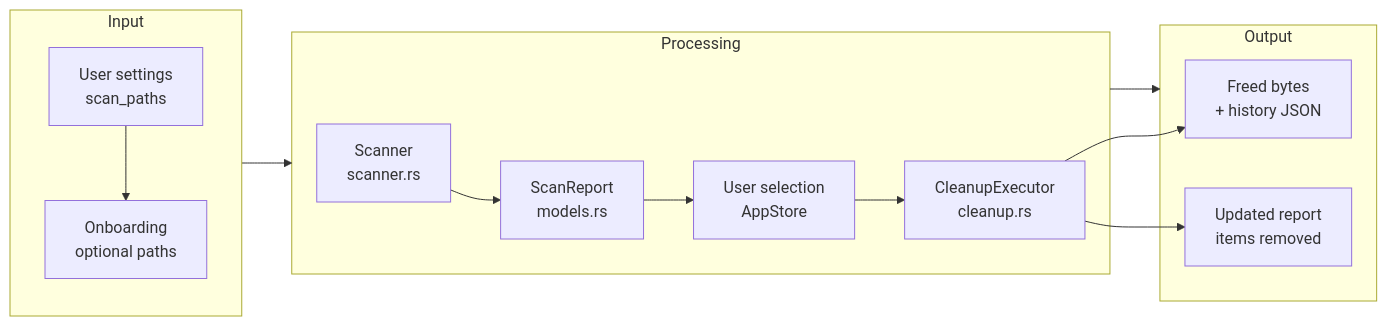
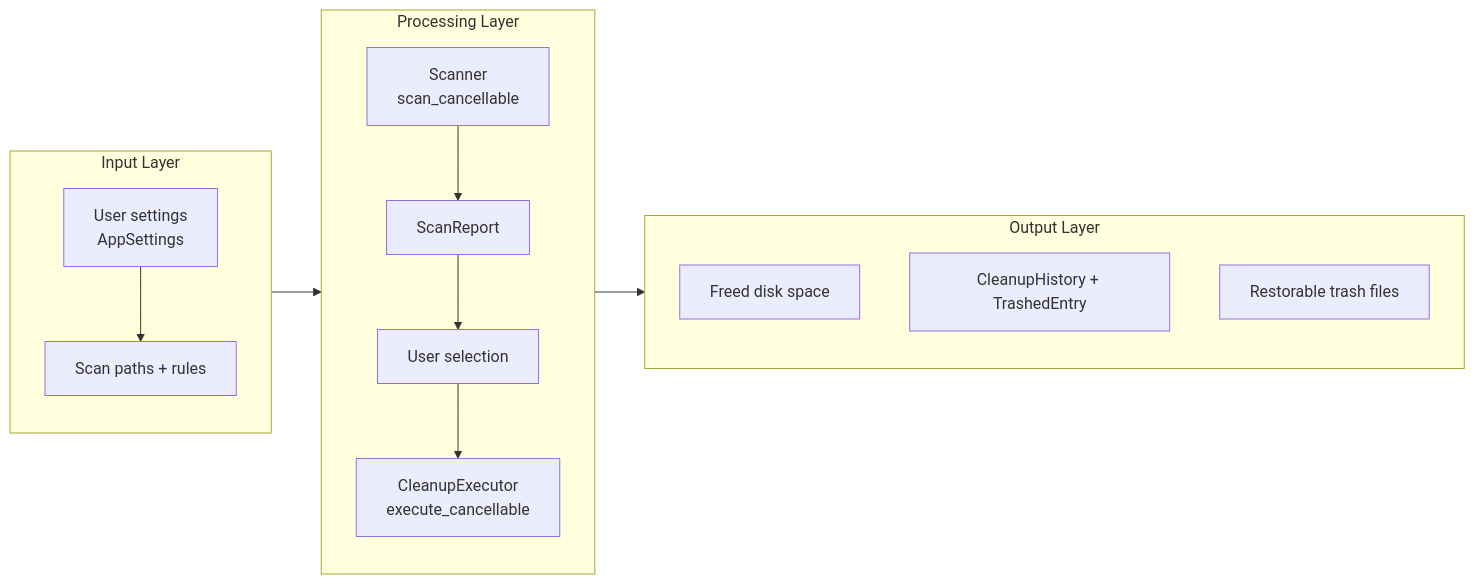
Before and after one commit to sopaco/CLV3000-Plus: the first of 7 diagrams in .terrain/human/3.Workflows.md, drawn with Mermaid. The commit also changed other lines of this file and 55 other files, not shown here.

````diff
--- a/.terrain/human/3.Workflows.md
+++ b/.terrain/human/3.Workflows.md
@@ -11,16 +13,17 @@
 ```mermaid
 flowchart LR
-    subgraph inputLayer ["Input"]
-        A["User settings<br/>scan_paths"] --> B["Onboarding<br/>optional paths"]
+    subgraph inputLayer["Input Layer"]
+        A["User settings<br/>AppSettings"] --> B["Scan paths + rules"]
     end
-    subgraph processLayer ["Processing"]
-        C["Scanner<br/>scanner.rs"] --> D["ScanReport<br/>models.rs"]
-        D --> E["User selection<br/>AppStore"]
-        E --> F["CleanupExecutor<br/>cleanup.rs"]
+    subgraph processLayer["Processing Layer"]
+        C["Scanner<br/>scan_cancellable"] --> D["ScanReport"]
+        D --> E["User selection"]
+        E --> F["CleanupExecutor<br/>execute_cancellable"]
     end
-    subgraph outputLayer ["Output"]
-        F --> G["Freed bytes<br/>+ history JSON"]
-        F --> H["Updated report<br/>items removed"]
+    subgraph outputLayer["Output Layer"]
+        G["Freed disk space"]
+        H["CleanupHistory + TrashedEntry"]
+        I["Restorable trash files"]
     end
     inputLayer --> processLayer --> outputLayer
 ```
````
